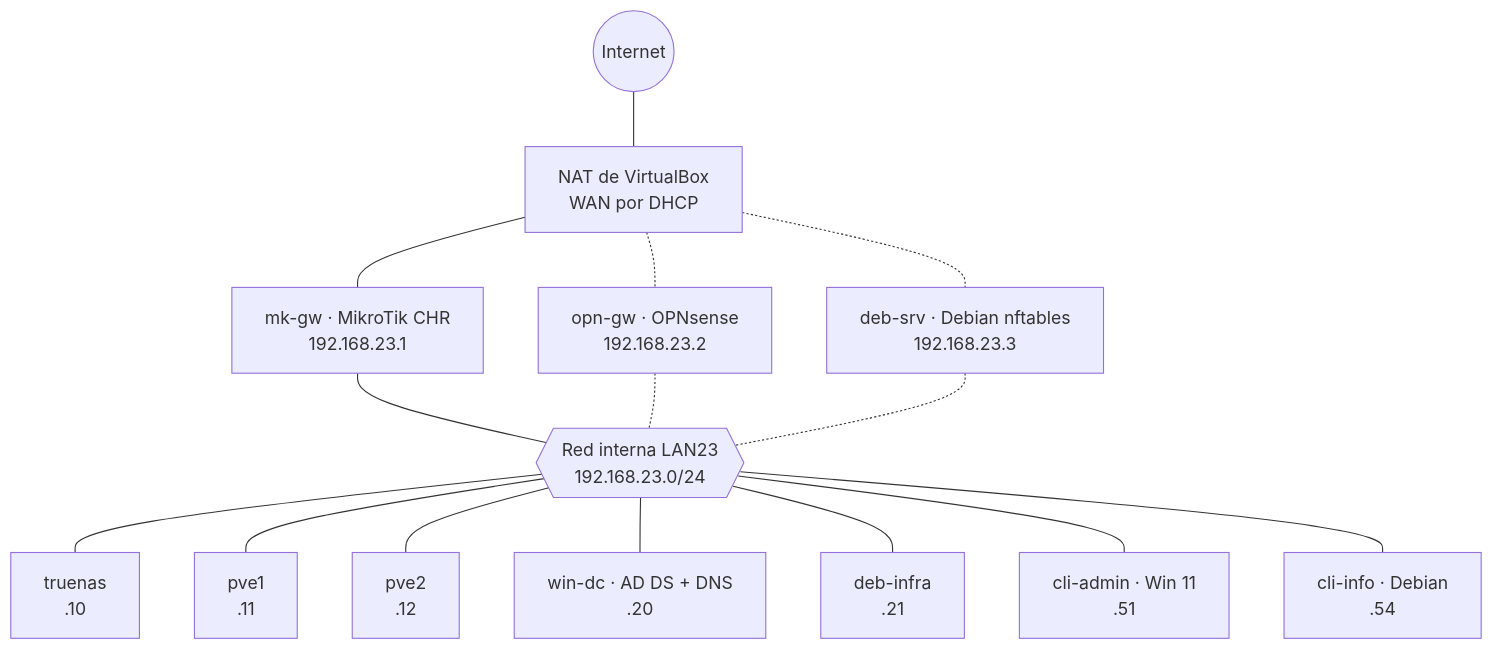
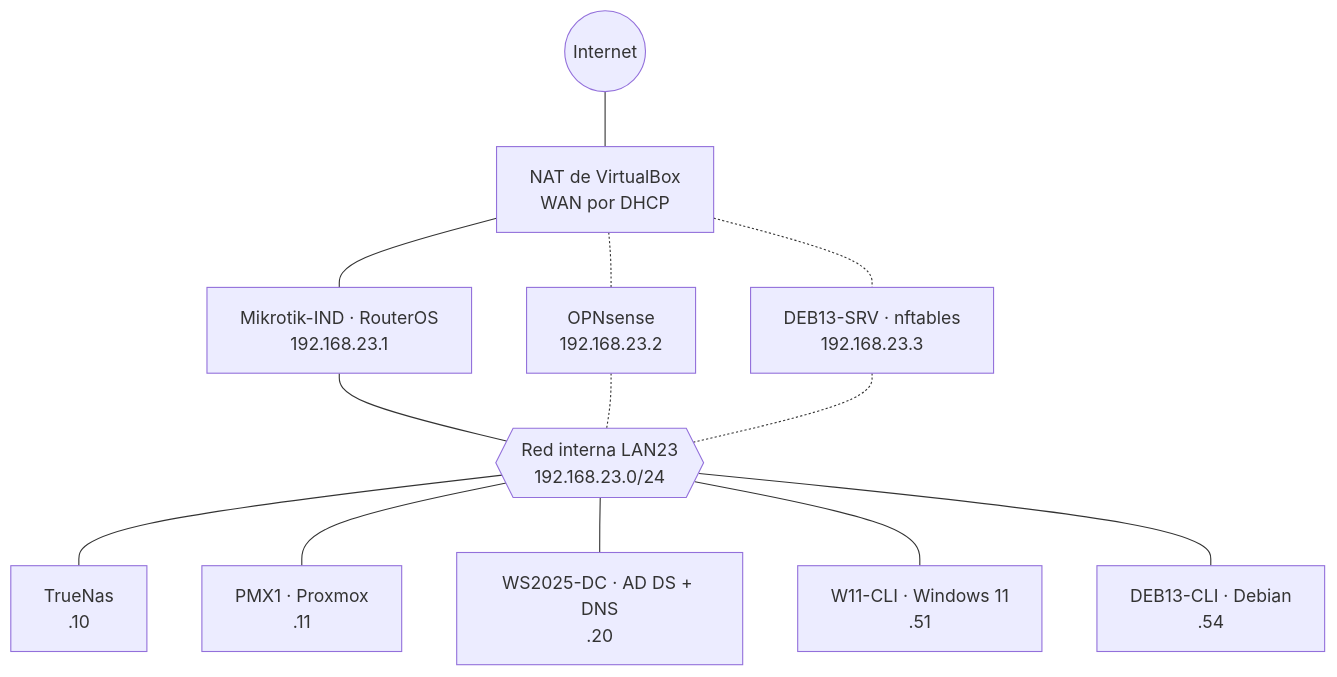
One commit to ethan3232/iso-naix-un-sistema-individual changed the diagram in README.md. Above: the diagram before and after it, drawn with Mermaid. The commit also changed other lines of this file and 4 other files, not shown here.

Commit message:
Documentación de MikroTik, Debian SRV e incidencias; estado actualizado en README

````diff
--- a/README.md
+++ b/README.md
@@ -34,17 +34,15 @@
 ```mermaid
 flowchart TB
     INET((Internet)) --- NAT[NAT de VirtualBox<br/>WAN por DHCP]
-    NAT --- MK[mk-gw · MikroTik CHR<br/>192.168.23.1]
-    NAT -.- OPN[opn-gw · OPNsense<br/>192.168.23.2]
-    NAT -.- DEB[deb-srv · Debian nftables<br/>192.168.23.3]
+    NAT --- MK[Mikrotik-IND · RouterOS<br/>192.168.23.1]
+    NAT -.- OPN[OPNsense<br/>192.168.23.2]
+    NAT -.- DEB[DEB13-SRV · nftables<br/>192.168.23.3]
     MK --- SW{{Red interna LAN23<br/>192.168.23.0/24}}
     OPN -.- SW
     DEB -.- SW
-    SW --- NAS[truenas<br/>.10]
-    SW --- PVE1[pve1<br/>.11]
-    SW --- PVE2[pve2<br/>.12]
-    SW --- DC[win-dc · AD DS + DNS<br/>.20]
-    SW --- INF[deb-infra<br/>.21]
-    SW --- C1[cli-admin · Win 11<br/>.51]
-    SW --- C2[cli-info · Debian<br/>.54]
+    SW --- NAS[TrueNas<br/>.10]
+    SW --- PVE1[PMX1 · Proxmox<br/>.11]
+    SW --- DC[WS2025-DC · AD DS + DNS<br/>.20]
+    SW --- C1[W11-CLI · Windows 11<br/>.51]
+    SW --- C2[DEB13-CLI · Debian<br/>.54]
 ```
````
